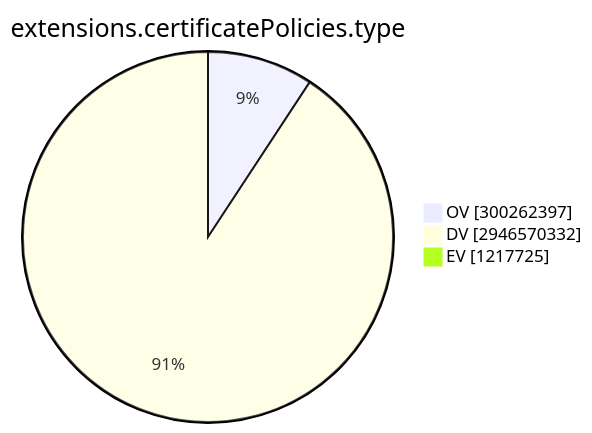
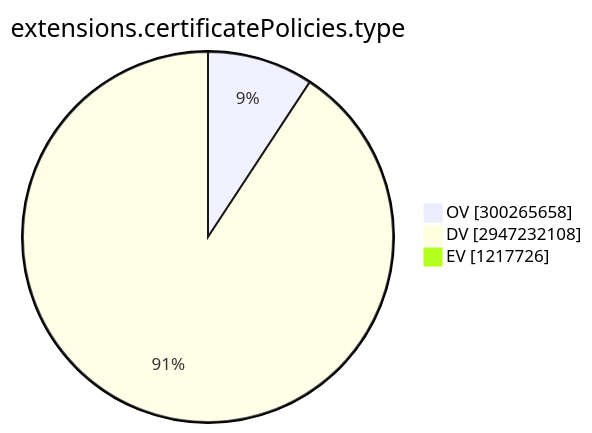
The ninth of 15 diagrams in TOTAL/README.md (christiankrug/ctmonitor_visualization), drawn with Mermaid before and after one commit. The commit also changed other lines of this file, not shown here.

````diff
--- a/TOTAL/README.md
+++ b/TOTAL/README.md
@@ -3101,7 +3101,7 @@
 ```mermaid
 pie showData
 title extensions.certificatePolicies.type
-"OV" :300262397
-"DV" :2946570332
-"EV" :1217725
+"OV" :300265658
+"DV" :2947232108
+"EV" :1217726
 ```
````
